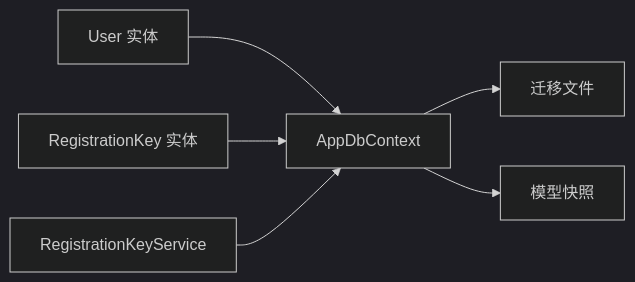
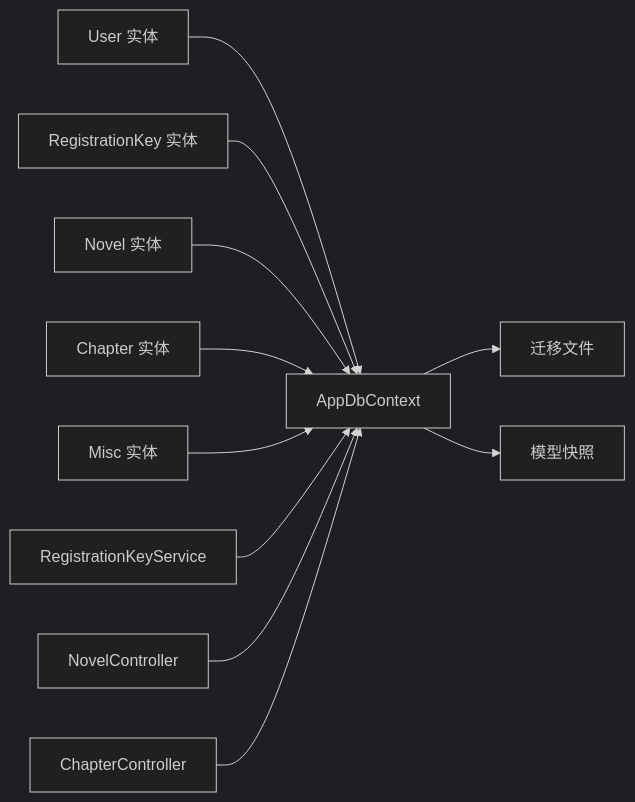
One commit to cppsh1t/talearc-backend changed the fourth of 4 diagrams in .qoder/repowiki/zh/content/数据模型与数据库设计/数据模型与数据库设计.md. Above: the diagram before and after it, drawn with Mermaid (dark theme). The commit also changed other lines of this file and 7 other files, not shown here.

````diff
--- a/.qoder/repowiki/zh/content/数据模型与数据库设计/数据模型与数据库设计.md
+++ b/.qoder/repowiki/zh/content/数据模型与数据库设计/数据模型与数据库设计.md
@@ -252,8 +486,13 @@
 ```mermaid
 graph LR
 User["User 实体"] --> Ctx["AppDbContext"]
 RegistrationKey["RegistrationKey 实体"] --> Ctx
+Novel["Novel 实体"] --> Ctx
+Chapter["Chapter 实体"] --> Ctx
+Misc["Misc 实体"] --> Ctx
 Svc["RegistrationKeyService"] --> Ctx
+NovelCtrl["NovelController"] --> Ctx
+ChapterCtrl["ChapterController"] --> Ctx
 Ctx --> Mig["迁移文件"]
 Ctx --> Snap["模型快照"]
 ```
````
